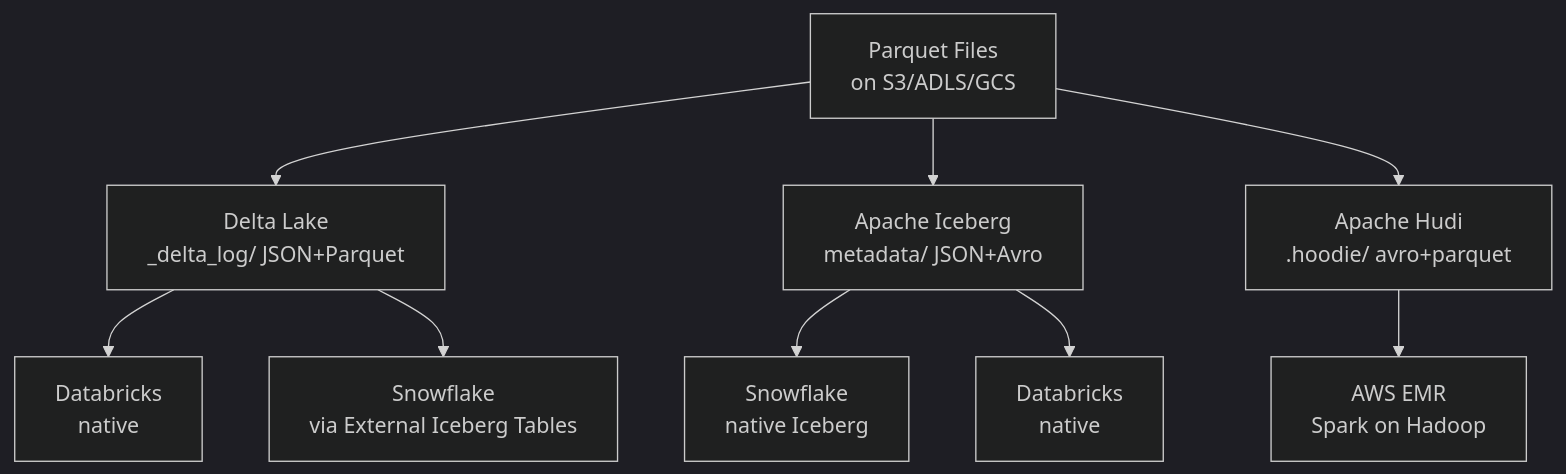
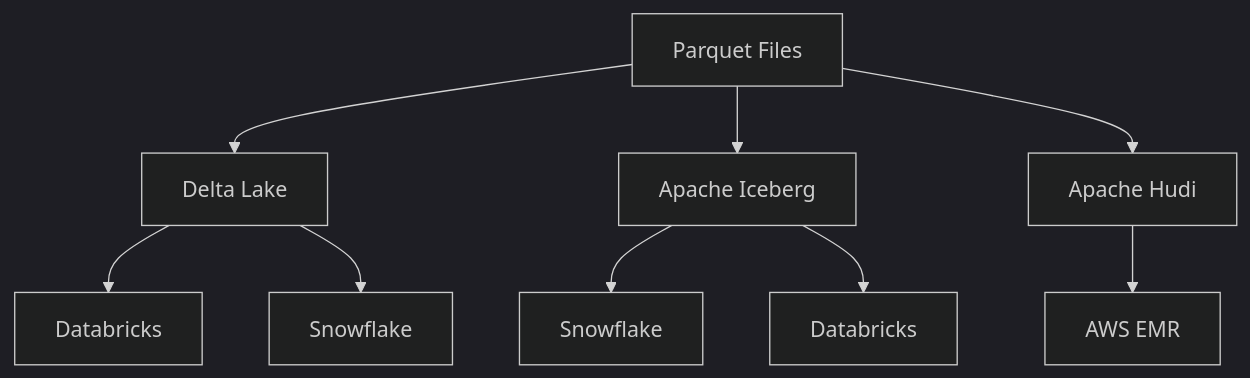
The diagram in 09-cross-platform/01-table-formats-compared.md (gcmishra7/data-engineering-helper), drawn with Mermaid (dark theme) before and after one commit. The commit also changed other lines of this file and 57 other files, not shown here.

First line of the commit message:
Shorten mermaid node labels to fix text truncation on GitHub

````diff
--- a/09-cross-platform/01-table-formats-compared.md
+++ b/09-cross-platform/01-table-formats-compared.md
@@ -14,12 +14,12 @@
 ```mermaid
 graph TD
-    P[Parquet Files<br/>on S3/ADLS/GCS] --> D[Delta Lake<br/>_delta_log/ JSON+Parquet]
-    P --> I[Apache Iceberg<br/>metadata/ JSON+Avro]
-    P --> H[Apache Hudi<br/>.hoodie/ avro+parquet]
+    P[Parquet Files] --> D[Delta Lake]
+    P --> I[Apache Iceberg]
+    P --> H[Apache Hudi]
 
-    D --> DB[Databricks<br/>native]
-    D --> SF[Snowflake<br/>via External Iceberg Tables]
-    I --> SF2[Snowflake<br/>native Iceberg]
-    I --> DB2[Databricks<br/>native]
-    H --> EMR[AWS EMR<br/>Spark on Hadoop]
+    D --> DB[Databricks]
+    D --> SF[Snowflake]
+    I --> SF2[Snowflake]
+    I --> DB2[Databricks]
+    H --> EMR[AWS EMR]
 ```
````
